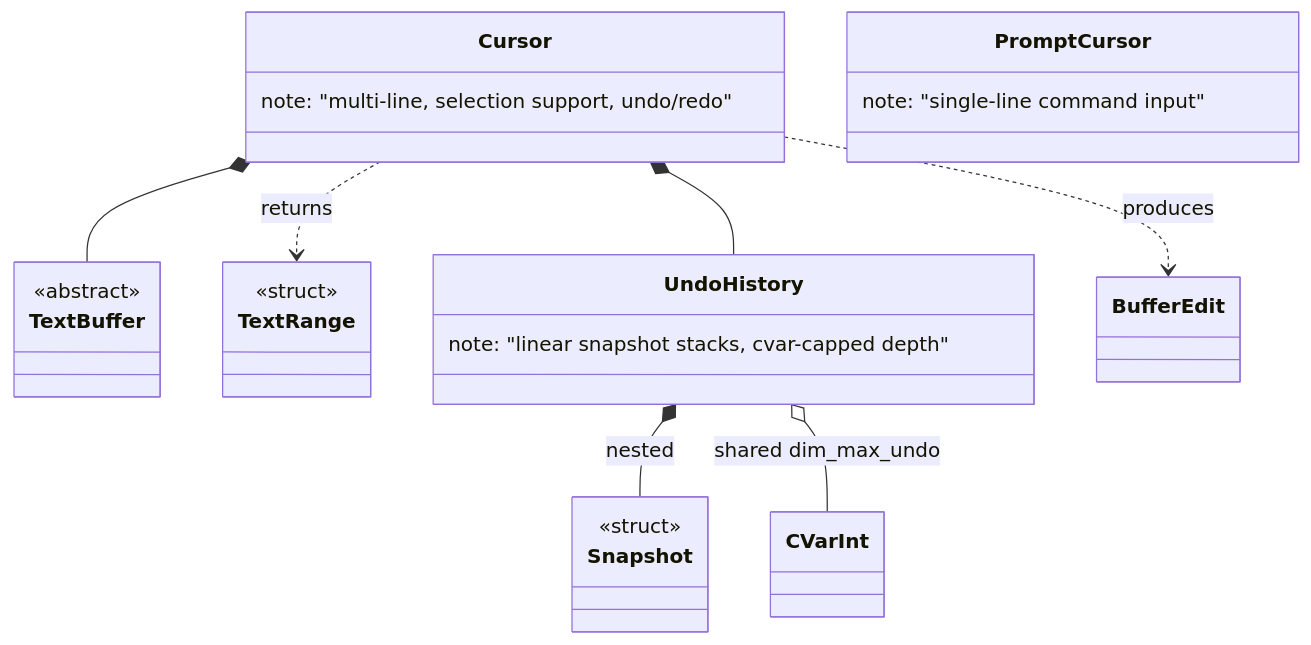
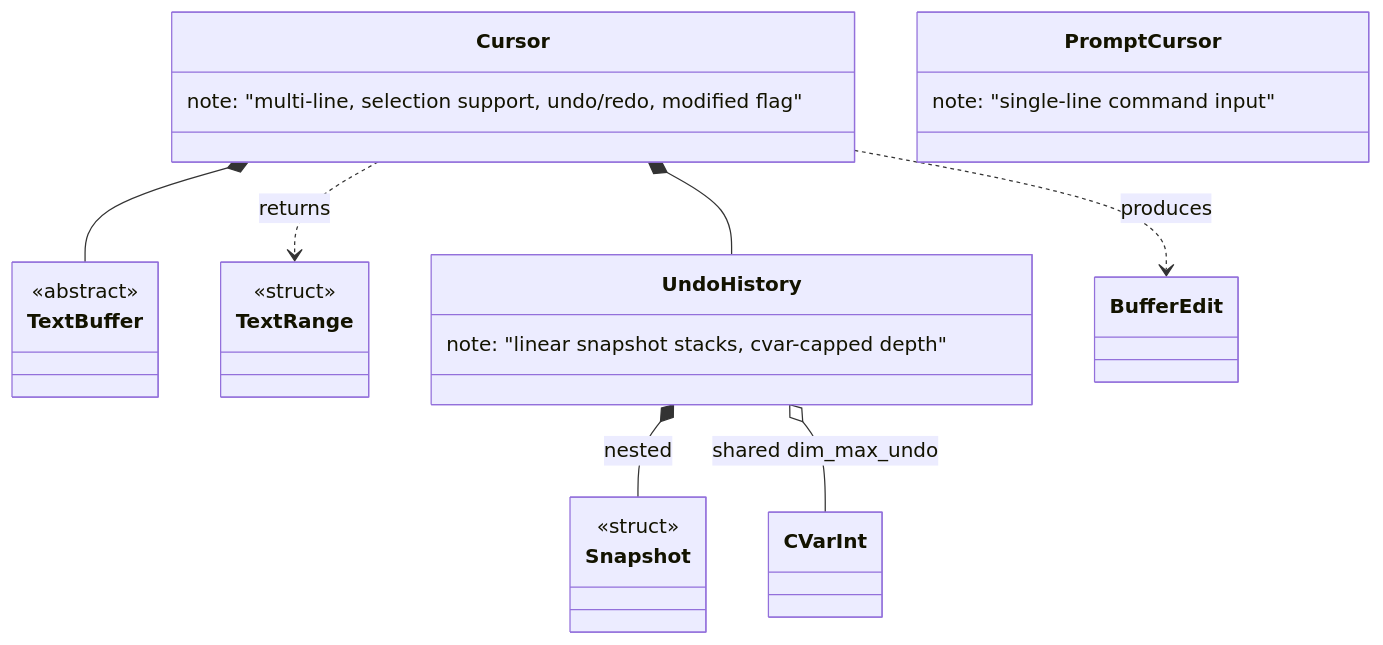
One commit to notnotme/bbloc changed the fourth of 10 diagrams in docs/class_diagram.md. Above: the diagram before and after it, drawn with Mermaid. The commit also changed other lines of this file and 11 other files, not shown here.

````diff
--- a/docs/class_diagram.md
+++ b/docs/class_diagram.md
@@ -93,29 +93,29 @@
 ```mermaid
 classDiagram
     class Cursor {
-        note: "multi-line, selection support, undo/redo"
+        note: "multi-line, selection support, undo/redo, modified flag"
     }
     class PromptCursor {
         note: "single-line command input"
     }
     class TextBuffer {
         <<abstract>>
     }
     class TextRange {
         <<struct>>
     }
     class UndoHistory {
         note: "linear snapshot stacks, cvar-capped depth"
     }
     class Snapshot {
         <<struct>>
     }
     class CVarInt
 
     Cursor *-- TextBuffer
     Cursor *-- UndoHistory
     UndoHistory *-- Snapshot : nested
     UndoHistory o-- CVarInt : shared dim_max_undo
     Cursor ..> TextRange : returns
     Cursor ..> BufferEdit : produces
 ```
````
